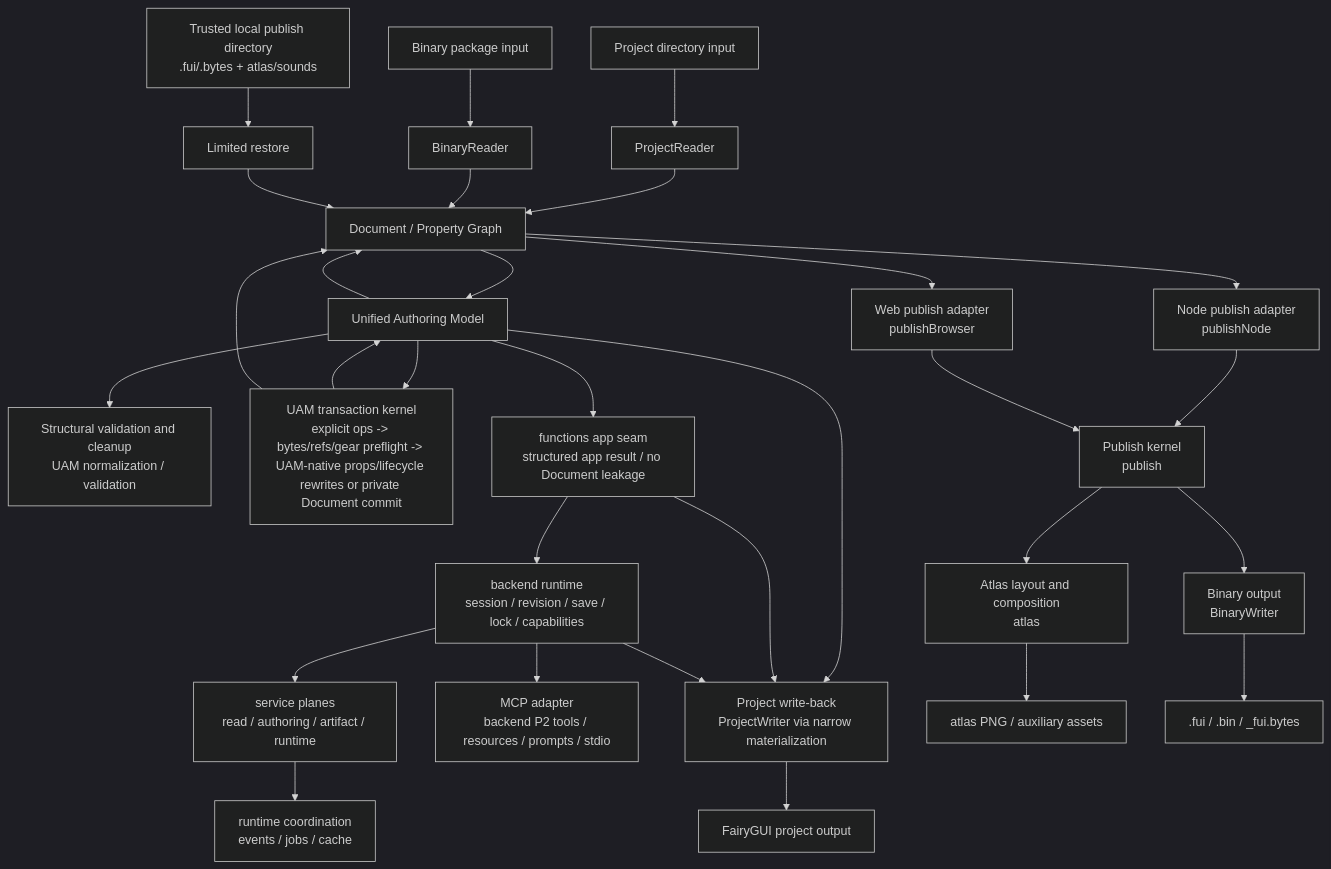
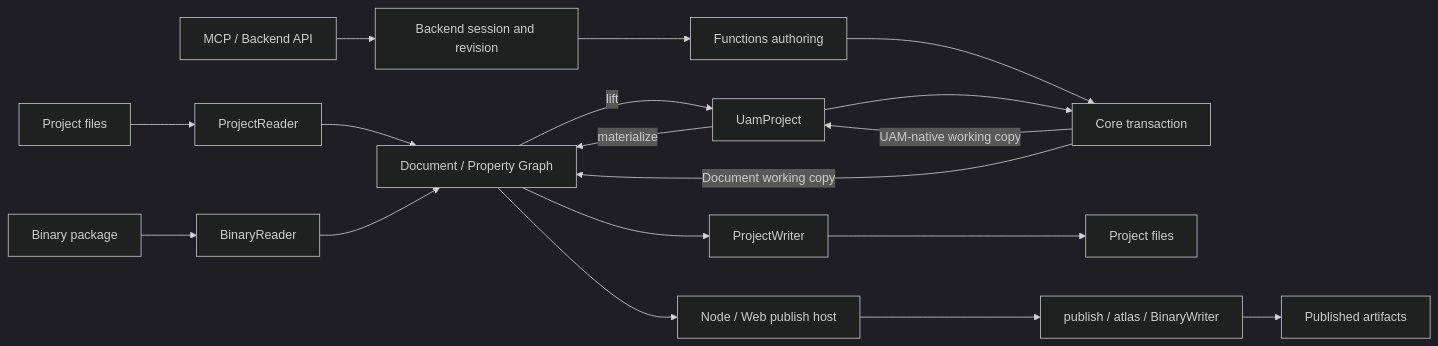
Before and after one commit to OpenFairyGUI/OpenFairyGUI: the diagram in docs/en/architecture-overview.md, drawn with Mermaid (dark theme). The commit also changed other lines of this file and 1 other file, not shown here.

Commit message:
docs: consolidate architecture ownership and safety boundaries

````diff
--- a/docs/en/architecture-overview.md
+++ b/docs/en/architecture-overview.md
@@ -328,32 +28,14 @@
 ```mermaid
-flowchart TD
-    A["Project directory input"] --> B["ProjectReader"]
-    X["Binary package input"] --> Y["BinaryReader"]
-    R["Trusted local publish directory<br/>.fui/.bytes + atlas/sounds"] --> S["Limited restore"]
-    B --> C["Document / Property Graph"]
-    Y --> C
-    S --> C
-    C --> U["Unified Authoring Model"]
-    U --> D["Structural validation and cleanup<br/>UAM normalization / validation"]
-    U --> T["UAM transaction kernel<br/>explicit ops -> bytes/refs/gear preflight -> UAM-native props/lifecycle rewrites or private Document commit"]
-    U --> A2["functions app seam<br/>structured app result / no Document leakage"]
-    A2 --> B2["backend runtime<br/>session / revision / save / lock / capabilities"]
-    B2 --> B3["service planes<br/>read / authoring / artifact / runtime"]
-    B3 --> B4["runtime coordination<br/>events / jobs / cache"]
-    B2 --> M1["MCP adapter<br/>backend P2 tools / resources / prompts / stdio"]
-    T --> U
-    T --> C
-    U --> F["Project write-back<br/>ProjectWriter via narrow materialization"]
-    A2 --> F
-    B2 --> F
-    U --> C
-    C --> EN["Node publish adapter<br/>publishNode"]
-    C --> EW["Web publish adapter<br/>publishBrowser"]
-    EN --> E["Publish kernel<br/>publish"]
-    EW --> E
-    E --> G["Atlas layout and composition<br/>atlas"]
-    E --> H["Binary output<br/>BinaryWriter"]
-    F --> I["FairyGUI project output"]
-    G --> J["atlas PNG / auxiliary assets"]
-    H --> K[".fui / .bin / _fui.bytes"]
+flowchart LR
+    SOURCE["Project files"] --> READER["ProjectReader"] --> DOC["Document / Property Graph"]
+    BINARY["Binary package"] --> BR["BinaryReader"] --> DOC
+    DOC -->|lift| UAM["UamProject"]
+    UAM -->|materialize| DOC
+    MCP["MCP / Backend API"] --> SESSION["Backend session and revision"]
+    SESSION --> APP["Functions authoring"] --> TX["Core transaction"]
+    UAM --> TX
+    TX -->|UAM-native working copy| UAM
+    TX -->|Document working copy| DOC
+    DOC --> WRITER["ProjectWriter"] --> OUTPUT["Project files"]
+    DOC --> HOST["Node / Web publish host"] --> PUBLISH["publish / atlas / BinaryWriter"] --> ART["Published artifacts"]
 ```
````
